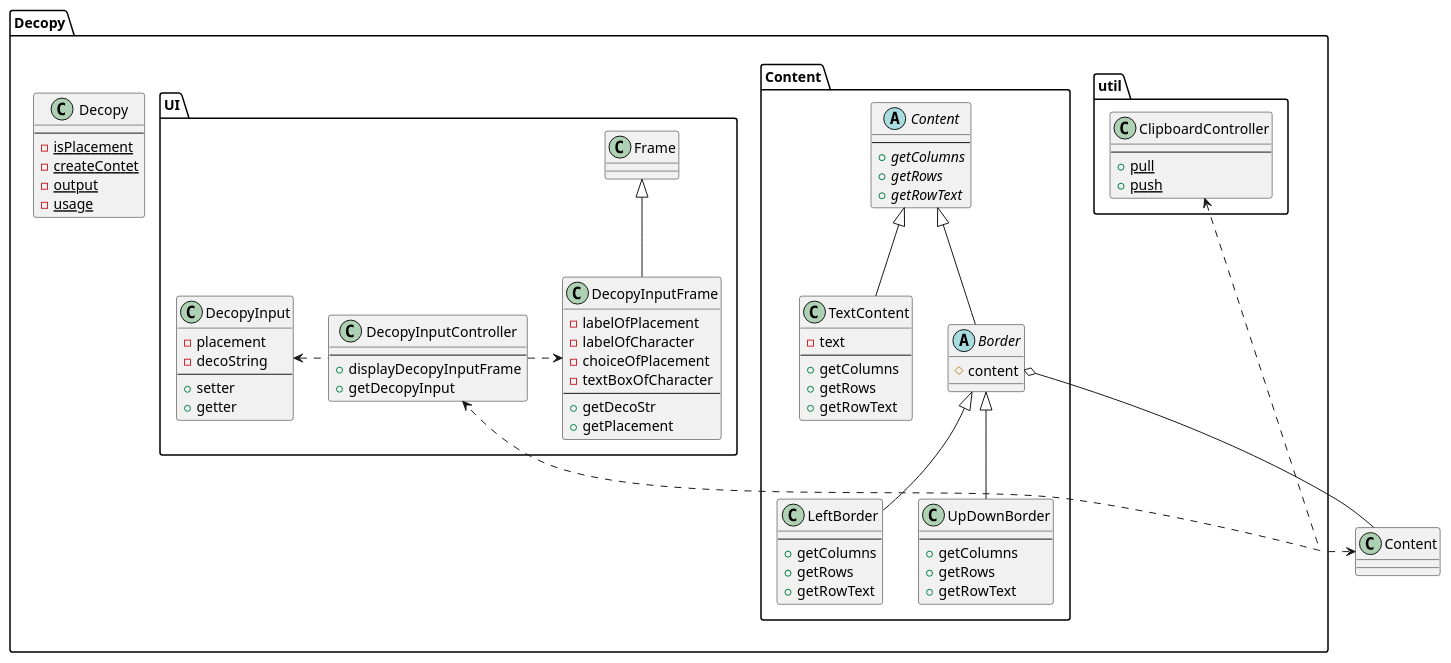
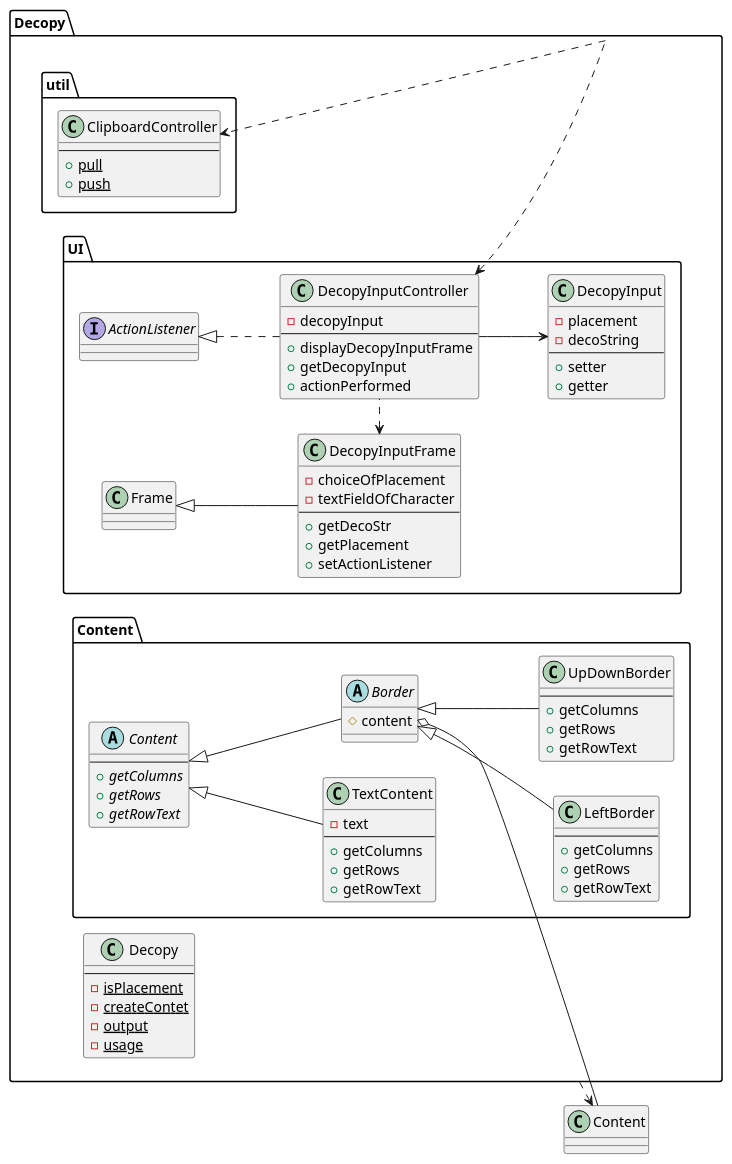
Before and after one commit to ryokow/Decopy: the diagram in doc/class.pu, drawn with PlantUML.

Commit message:
class.pu modified.   - clarify ActionLister for GUI   - add some methods as above

```diff
--- a/doc/class.pu
+++ b/doc/class.pu
@@ -1,93 +1,97 @@
 @startuml Decopy
 
+' クラス定義
 package Decopy{
     Package Content {
         ' class ContentManager {}
         ' Decoratorパターン ここから ---
         abstract class Content {
             --
             + {abstract} getColumns
             + {abstract} getRows
             + {abstract} getRowText
         }
 
         class TextContent extends Content {
             - text
             --
             + getColumns
             + getRows
             + getRowText
         }
 
         abstract class Border extends Content {
             # content
         }
 
         class LeftBorder extends Border {
             --
             + getColumns
             + getRows
             + getRowText
         }
 
         class UpDownBorder extends Border {
             --
             + getColumns
             + getRows
             + getRowText
         }
         ' Decoratorパターン ここまで---
     }
 
     package UI {
-        class DecopyInputController {
+        class DecopyInputController implements ActionListener{
+            - decopyInput
             --
             + displayDecopyInputFrame
             + getDecopyInput
+            + actionPerformed
         }
 
         class DecopyInputFrame extends Frame{
-            - labelOfPlacement
-            - labelOfCharacter
             - choiceOfPlacement
-            - textBoxOfCharacter
+            - textFieldOfCharacter
             --
             + getDecoStr
             + getPlacement
+            + setActionListener
         }
 
         class DecopyInput{
         - placement
         - decoString
         --
         + setter
         + getter
         }
     }
 
     package util {
         class ClipboardController {
         --
         + {static} pull
         + {static} push
         }
     }
 
     class Decopy {
         --
         - {static} isPlacement
         - {static} createContet
         - {static} output
         - {static} usage
     }
 }
 
+' クラス間の関係
+left to right direction
 Content --o Border 
-Decopy -up..> ClipboardController
-Decopy -right..> Content
-Decopy -down..> DecopyInputController
-DecopyInputController -right..> DecopyInputFrame
-DecopyInputController -left..> DecopyInput
+Decopy ..> ClipboardController
+Decopy .right.> Content
+Decopy .up.> DecopyInputController
+DecopyInputController .left> DecopyInputFrame
+DecopyInputController --> DecopyInput
 
 
 @enduml
```
